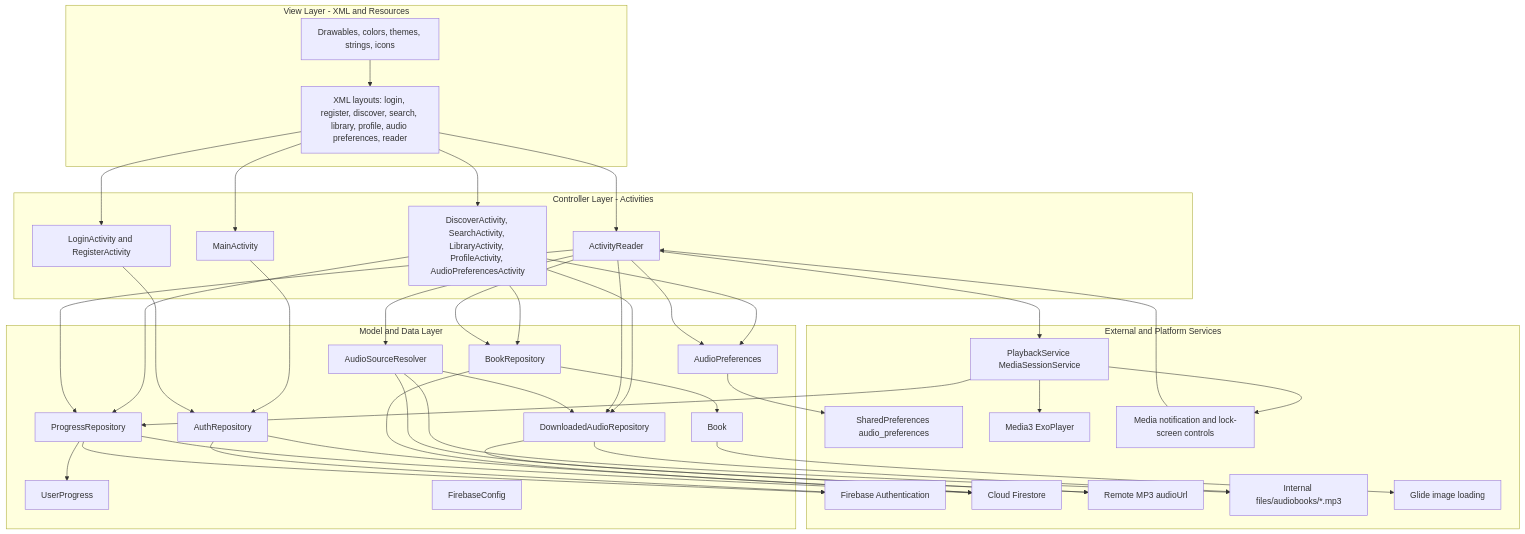
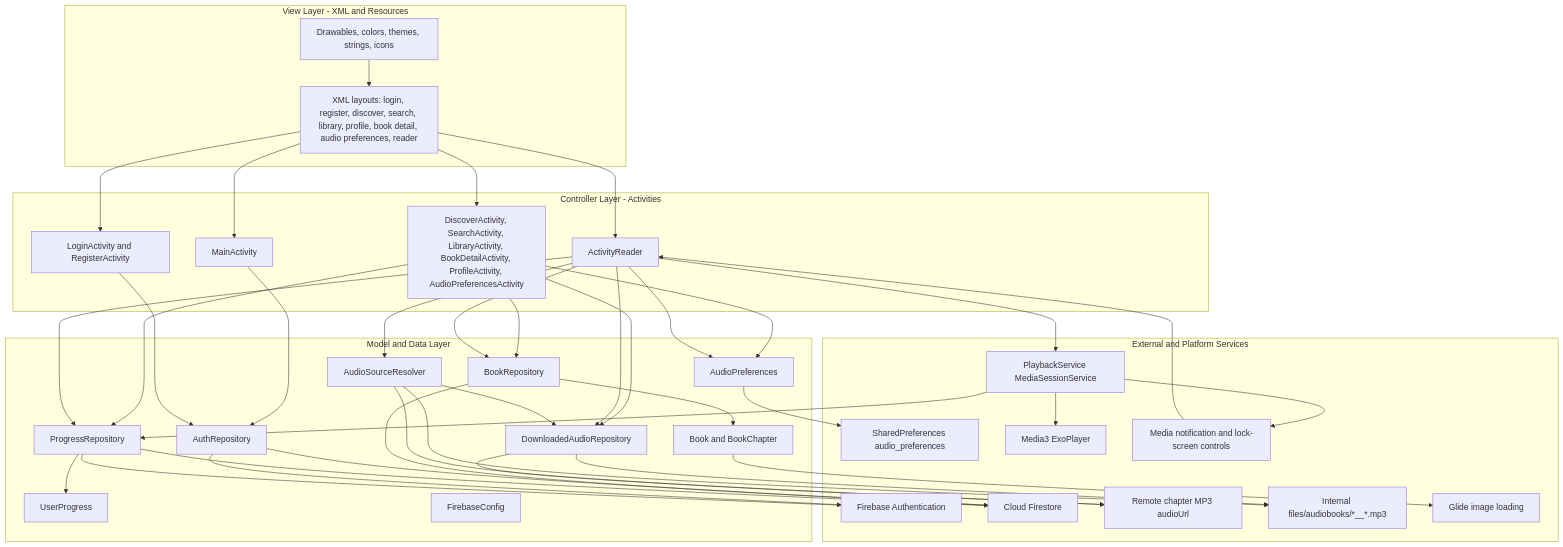
Before and after one commit to LeeVuKhang/Fonos_Group13: the first of 9 diagrams in README.md, drawn with Mermaid. The commit also changed other lines of this file, not shown here.

Commit message:
docs(readme): document chapter playlist flow

````diff
--- a/README.md
+++ b/README.md
@@ -165,76 +177,76 @@
 ```mermaid
 flowchart TB
     subgraph View["View Layer - XML and Resources"]
-        Layouts["XML layouts: login, register, discover, search, library, profile, audio preferences, reader"]
+        Layouts["XML layouts: login, register, discover, search, library, profile, book detail, audio preferences, reader"]
         Resources["Drawables, colors, themes, strings, icons"]
     end
 
     subgraph Controller["Controller Layer - Activities"]
         Main["MainActivity"]
         AuthScreens["LoginActivity and RegisterActivity"]
-        BrowseScreens["DiscoverActivity, SearchActivity, LibraryActivity, ProfileActivity, AudioPreferencesActivity"]
+        BrowseScreens["DiscoverActivity, SearchActivity, LibraryActivity, BookDetailActivity, ProfileActivity, AudioPreferencesActivity"]
         Reader["ActivityReader"]
     end
 
     subgraph Model["Model and Data Layer"]
-        BookModel["Book"]
+        BookModel["Book and BookChapter"]
         ProgressModel["UserProgress"]
         AuthRepo["AuthRepository"]
         BookRepo["BookRepository"]
         ProgressRepo["ProgressRepository"]
         DownloadRepo["DownloadedAudioRepository"]
         AudioPrefs["AudioPreferences"]
         Resolver["AudioSourceResolver"]
         FirebaseConfig["FirebaseConfig"]
     end
 
     subgraph External["External and Platform Services"]
         FirebaseAuth["Firebase Authentication"]
         Firestore["Cloud Firestore"]
-        RemoteAudio["Remote MP3 audioUrl"]
-        InternalFiles["Internal files/audiobooks/*.mp3"]
+        RemoteAudio["Remote chapter MP3 audioUrl"]
+        InternalFiles["Internal files/audiobooks/*__*.mp3"]
         LocalPrefs["SharedPreferences audio_preferences"]
         PlaybackService["PlaybackService MediaSessionService"]
         ExoPlayer["Media3 ExoPlayer"]
         MediaNotification["Media notification and lock-screen controls"]
         Glide["Glide image loading"]
     end
 
     Layouts --> Main
     Layouts --> AuthScreens
     Layouts --> BrowseScreens
     Layouts --> Reader
     Resources --> Layouts
 
     Main --> AuthRepo
     AuthScreens --> AuthRepo
     BrowseScreens --> BookRepo
     BrowseScreens --> ProgressRepo
     BrowseScreens --> DownloadRepo
     BrowseScreens --> AudioPrefs
     Reader --> BookRepo
     Reader --> ProgressRepo
     Reader --> DownloadRepo
     Reader --> Resolver
     Reader --> AudioPrefs
     Reader --> PlaybackService
 
     AuthRepo --> FirebaseAuth
     AuthRepo --> Firestore
     BookRepo --> Firestore
     ProgressRepo --> FirebaseAuth
     ProgressRepo --> Firestore
     PlaybackService --> ExoPlayer
     PlaybackService --> ProgressRepo
     PlaybackService --> MediaNotification
     MediaNotification --> Reader
     DownloadRepo --> RemoteAudio
     DownloadRepo --> InternalFiles
     AudioPrefs --> LocalPrefs
     Resolver --> DownloadRepo
     Resolver --> RemoteAudio
     Resolver --> InternalFiles
     BookRepo --> BookModel
     ProgressRepo --> ProgressModel
     BookModel --> Glide
 ```
````
